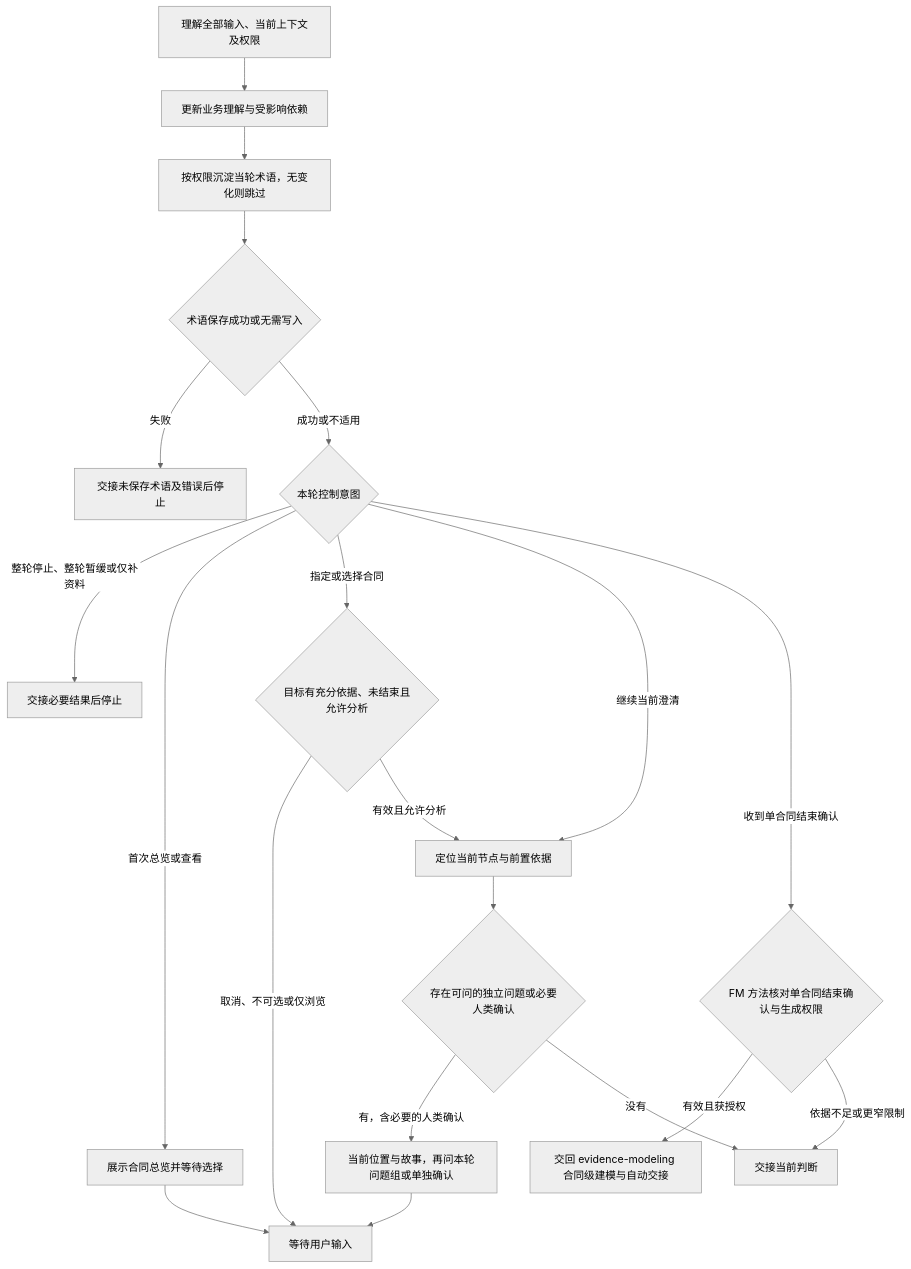
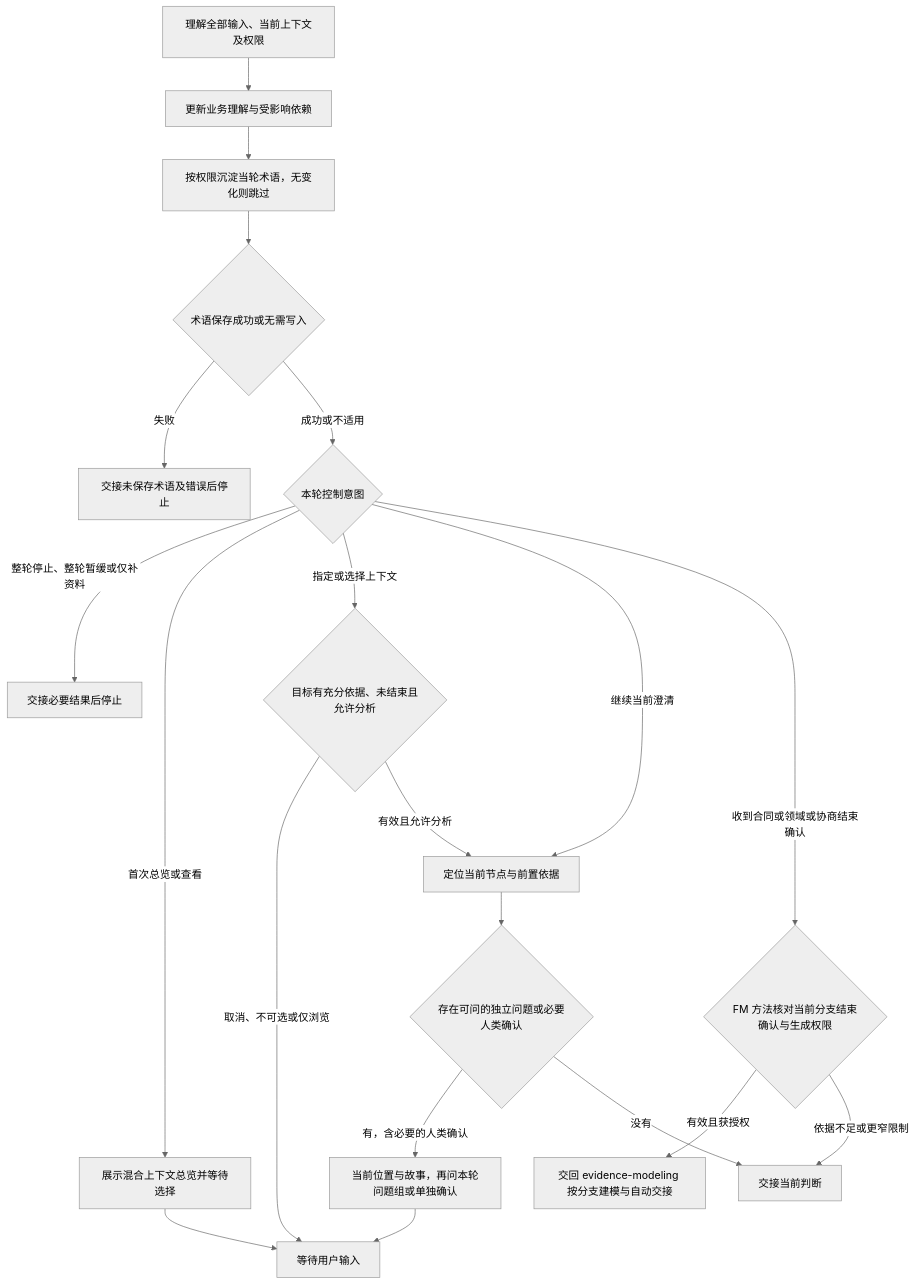
Before and after one commit to JayClock/Evidence-Framework: the diagram in .agents/skills/evidence-discovery/references/interview.md, drawn with Mermaid (neutral theme). The commit also changed other lines of this file and 23 other files, not shown here.

````diff
--- a/.agents/skills/evidence-discovery/references/interview.md
+++ b/.agents/skills/evidence-discovery/references/interview.md
@@ -9,38 +9,38 @@
 ```mermaid
 flowchart TD
     input[理解全部输入、当前上下文及权限]
     understanding[更新业务理解与受影响依赖]
     language[按权限沉淀当轮术语，无变化则跳过]
     languageSaved{术语保存成功或无需写入}
     control{本轮控制意图}
-    closure{FM 方法核对单合同结束确认与生成权限}
-    batch[交回 evidence-modeling 合同级建模与自动交接]
-    navigation[展示合同总览并等待选择]
+    closure{FM 方法核对当前分支结束确认与生成权限}
+    batch[交回 evidence-modeling 按分支建模与自动交接]
+    navigation[展示混合上下文总览并等待选择]
     selection{目标有充分依据、未结束且允许分析}
     focus[定位当前节点与前置依据]
     needed{存在可问的独立问题或必要人类确认}
     question[当前位置与故事，再问本轮问题组或单独确认]
     failed[交接未保存术语及错误后停止]
     stop[交接必要结果后停止]
     handoff[交接当前判断]
     wait[等待用户输入]
     input --> understanding
     understanding --> language
     language --> languageSaved
     languageSaved -->|失败| failed
     languageSaved -->|成功或不适用| control
     control -->|整轮停止、整轮暂缓或仅补资料| stop
     control -->|首次总览或查看| navigation
-    control -->|指定或选择合同| selection
+    control -->|指定或选择上下文| selection
     control -->|继续当前澄清| focus
-    control -->|收到单合同结束确认| closure
+    control -->|收到合同或领域或协商结束确认| closure
     closure -->|有效且获授权| batch
     closure -->|依据不足或更窄限制| handoff
     navigation --> wait
     selection -->|取消、不可选或仅浏览| wait
     selection -->|有效且允许分析| focus
     focus --> needed
     needed -->|有，含必要的人类确认| question
     needed -->|没有| handoff
     question --> wait
 ```
````
